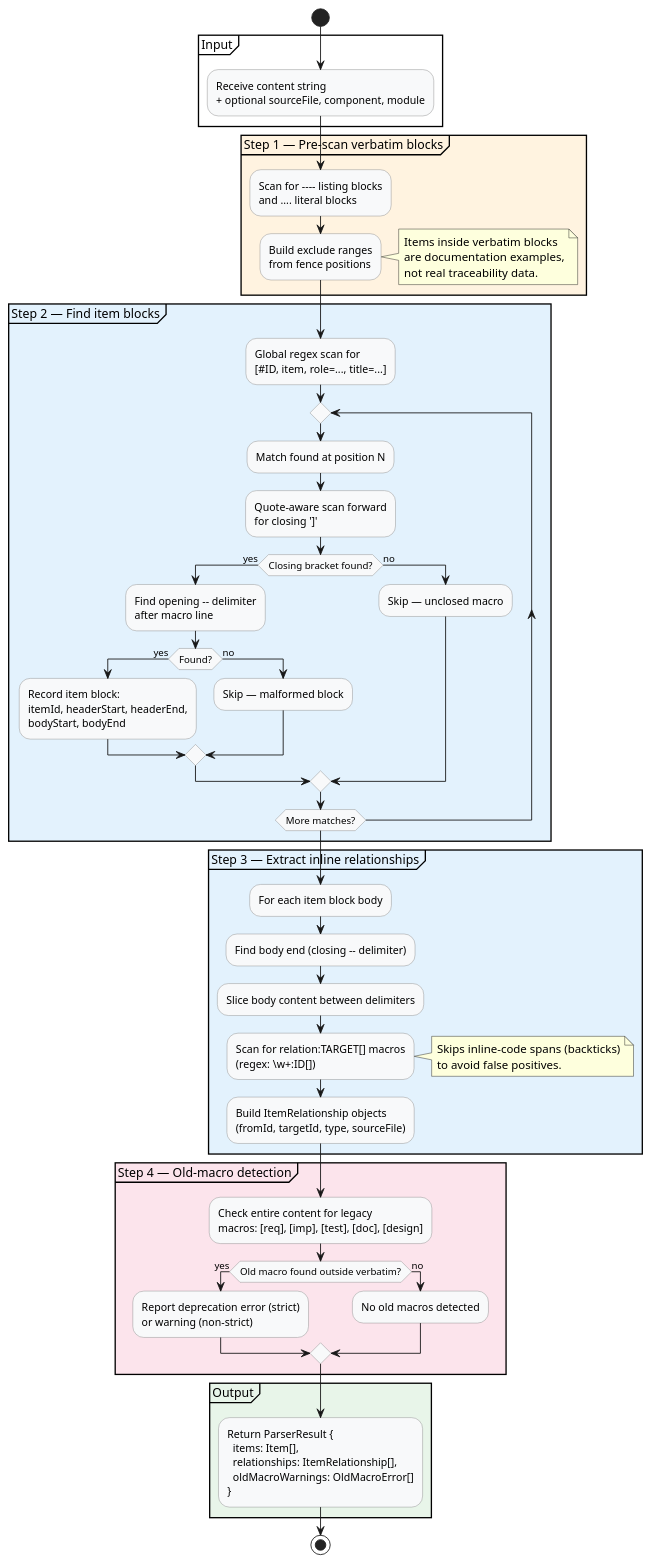
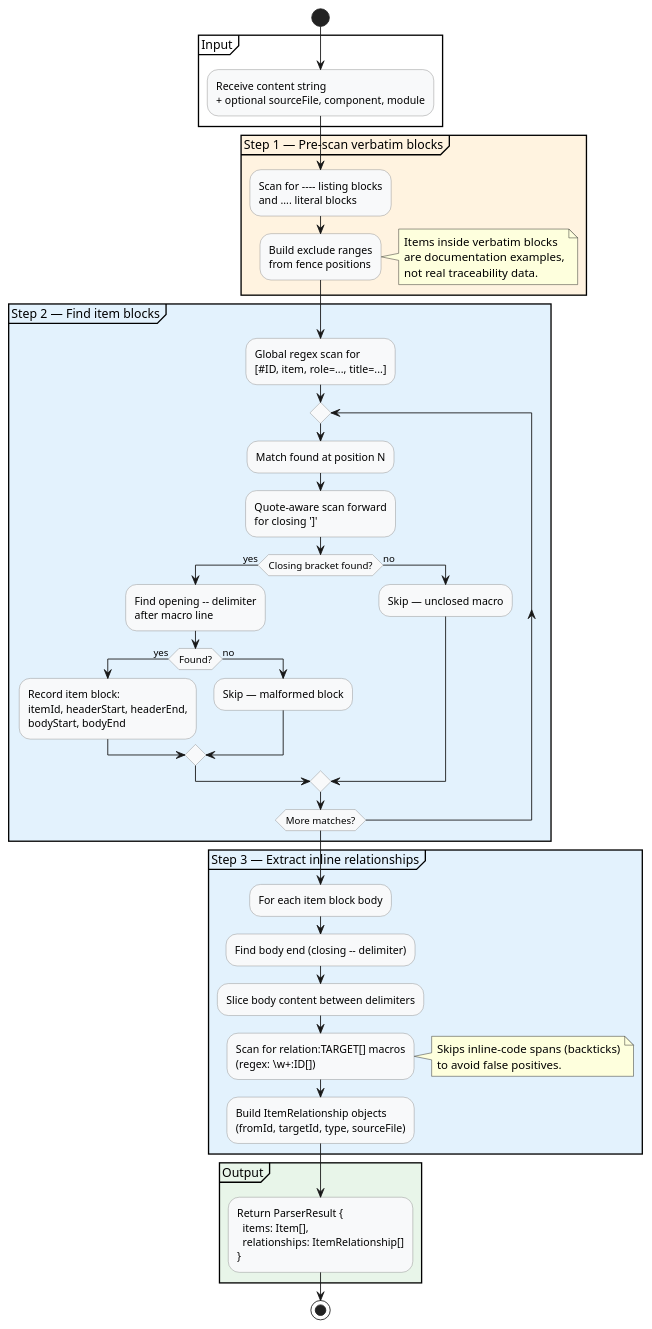
One commit to rattermeyer/antora-tracer changed the diagram in examples/tracer/modules/ROOT/examples/parser-flow.puml. Above: the diagram before and after it, drawn with PlantUML. The commit also changed 26 other files, not shown here.

First line of the commit message:
refactor(parser): remove legacy macro detection and backward-compat types

```diff
--- a/examples/tracer/modules/ROOT/examples/parser-flow.puml
+++ b/examples/tracer/modules/ROOT/examples/parser-flow.puml
@@ -1,69 +1,60 @@
 @startuml
 ' DocumentParser — step-by-step regex parsing pipeline
 ' Shows how raw AsciiDoc content becomes ParserResult
 
 skinparam activityBackgroundColor #F8F9FA
 skinparam activityBorderColor #888888
 
 start
 
 partition "Input" {
   :Receive content string\n+ optional sourceFile, component, module;
 }
 
 partition "Step 1 — Pre-scan verbatim blocks" #FFF3E0 {
   :Scan for ---- listing blocks\nand .... literal blocks;
   :Build exclude ranges\nfrom fence positions;
   note right
     Items inside verbatim blocks
     are documentation examples,
     not real traceability data.
   end note
 }
 
 partition "Step 2 — Find item blocks" #E3F2FD {
   :Global regex scan for\n[#ID, item, role=..., title=...];
   repeat
     :Match found at position N;
     :Quote-aware scan forward\nfor closing ']';
     if (Closing bracket found?) then (yes)
       :Find opening -- delimiter\nafter macro line;
       if (Found?) then (yes)
         :Record item block:\nitemId, headerStart, headerEnd,\nbodyStart, bodyEnd;
       else (no)
         :Skip — malformed block;
       endif
     else (no)
       :Skip — unclosed macro;
     endif
   repeat while (More matches?)
 }
 
 partition "Step 3 — Extract inline relationships" #E3F2FD {
   :For each item block body;
   :Find body end (closing -- delimiter);
   :Slice body content between delimiters;
   :Scan for relation:TARGET[] macros\n(regex: \\w+:ID[]);
   note right
     Skips inline-code spans (backticks)
     to avoid false positives.
   end note
   :Build ItemRelationship objects\n(fromId, targetId, type, sourceFile);
 }
 
-partition "Step 4 — Old-macro detection" #FCE4EC {
-  :Check entire content for legacy\nmacros: [req], [imp], [test], [doc], [design];
-  if (Old macro found outside verbatim?) then (yes)
-    :Report deprecation error (strict)\nor warning (non-strict);
-  else (no)
-    :No old macros detected;
-  endif
-}
-
 partition "Output" #E8F5E9 {
-  :Return ParserResult {\n  items: Item[],\n  relationships: ItemRelationship[],\n  oldMacroWarnings: OldMacroError[]\n};
+  :Return ParserResult {\n  items: Item[],\n  relationships: ItemRelationship[]\n};
 }
 
 stop
 
 @enduml
```
